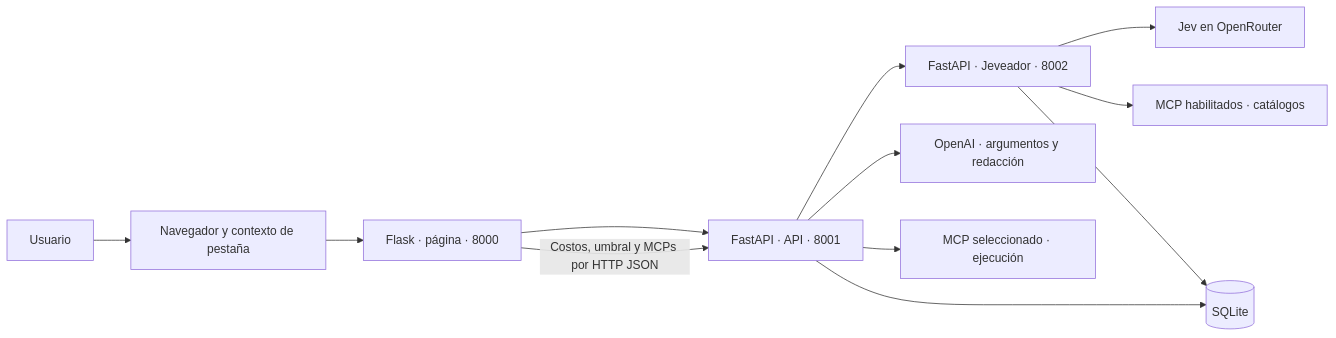
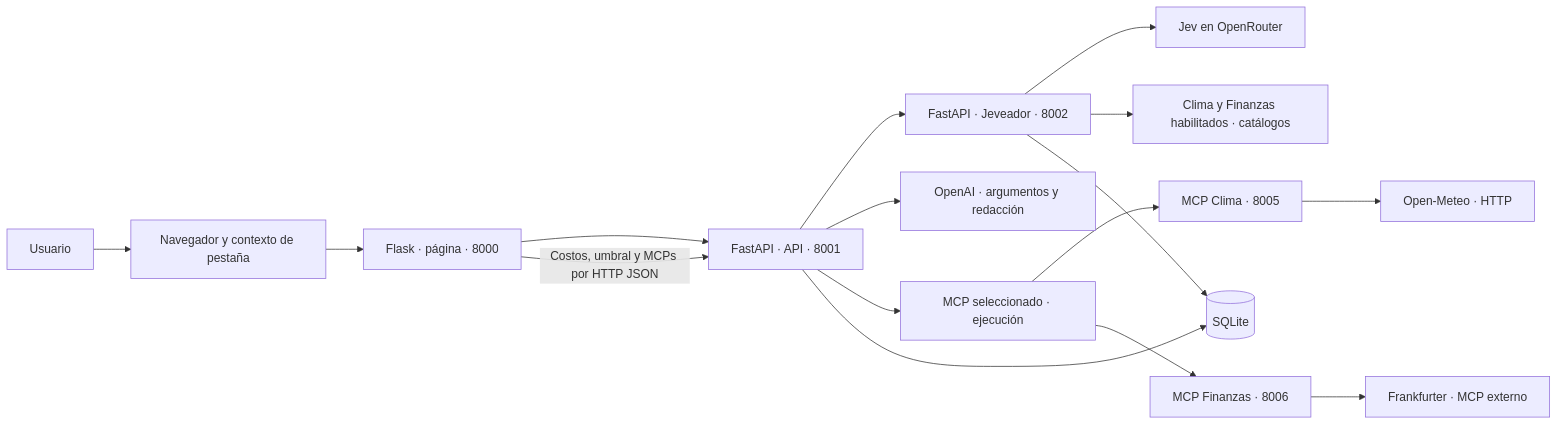
One commit to braulito/jevraulio changed the first of 2 diagrams in README.md. Above: the diagram before and after it, drawn with Mermaid. The commit also changed other lines of this file and 77 other files, not shown here.

````diff
--- a/README.md
+++ b/README.md
@@ -135,14 +148,18 @@
 ```mermaid
 flowchart LR
     U[Usuario] --> B[Navegador y contexto de pestaña]
     B --> P[Flask · página · 8000]
     P --> A[FastAPI · API · 8001]
     A --> J[FastAPI · Jeveador · 8002]
     J --> V[Jev en OpenRouter]
-    J --> M[MCP habilitados · catálogos]
+    J --> M[Clima y Finanzas habilitados · catálogos]
     A --> L[OpenAI · argumentos y redacción]
     A --> E[MCP seleccionado · ejecución]
+    E --> C[MCP Clima · 8005]
+    E --> F[MCP Finanzas · 8006]
+    C --> O[Open-Meteo · HTTP]
+    F --> R[Frankfurter · MCP externo]
     A --> D[(SQLite)]
     J --> D
     P -->|Costos, umbral y MCPs por HTTP JSON| A
 ```
````
